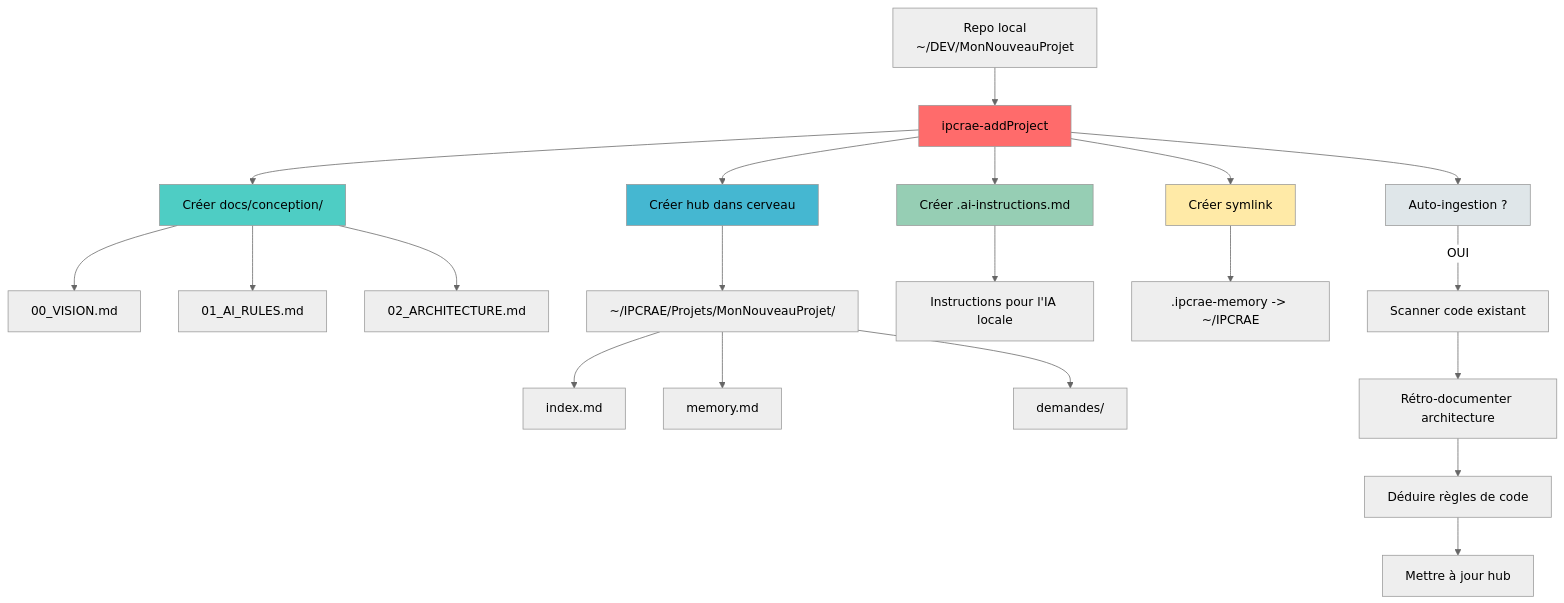
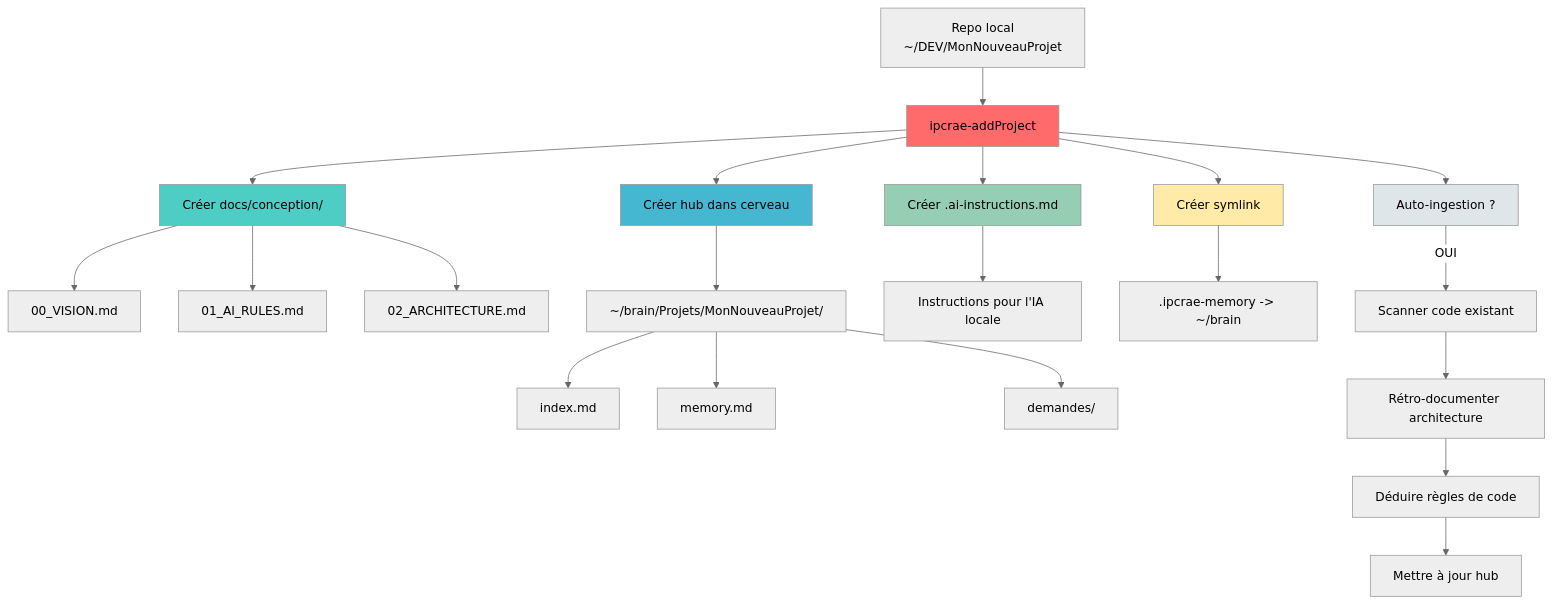
One commit to vieurou/IPCRAE changed the ninth of 23 diagrams in docs/conception/15_METHODE_IPCRAE_VULGARISEE.md. Above: the diagram before and after it, drawn with Mermaid (neutral theme). The commit also changed other lines of this file and 37 other files, not shown here.

````diff
--- a/docs/conception/15_METHODE_IPCRAE_VULGARISEE.md
+++ b/docs/conception/15_METHODE_IPCRAE_VULGARISEE.md
@@ -463,34 +463,34 @@
 ```mermaid
 graph TD
     REPO[Repo local<br/>~/DEV/MonNouveauProjet] --> ADD[ipcrae-addProject]
     
     ADD --> C1[Créer docs/conception/]
     C1 --> V1[00_VISION.md]
     C1 --> V2[01_AI_RULES.md]
     C1 --> V3[02_ARCHITECTURE.md]
     
     ADD --> C2[Créer hub dans cerveau]
-    C2 --> HUB[~/IPCRAE/Projets/MonNouveauProjet/]
+    C2 --> HUB[~/brain/Projets/MonNouveauProjet/]
     HUB --> INDEX[index.md]
     HUB --> MEMORY[memory.md]
     HUB --> DEMANDES[demandes/]
     
     ADD --> C3[Créer .ai-instructions.md]
     C3 --> AI[Instructions pour l'IA locale]
     
     ADD --> C4[Créer symlink]
-    C4 --> SYMLINK[.ipcrae-memory -> ~/IPCRAE]
+    C4 --> SYMLINK[.ipcrae-memory -> ~/brain]
     
     ADD --> INGEST[Auto-ingestion ?]
     INGEST -->|OUI| SCAN[Scanner code existant]
     SCAN --> DOC[Rétro-documenter architecture]
     DOC --> RULES[Déduire règles de code]
     RULES --> UPDATE[Mettre à jour hub]
     
     style ADD fill:#ff6b6b
     style C1 fill:#4ecdc4
     style C2 fill:#45b7d1
     style C3 fill:#96ceb4
     style C4 fill:#ffeaa7
     style INGEST fill:#dfe6e9
 ```
````
